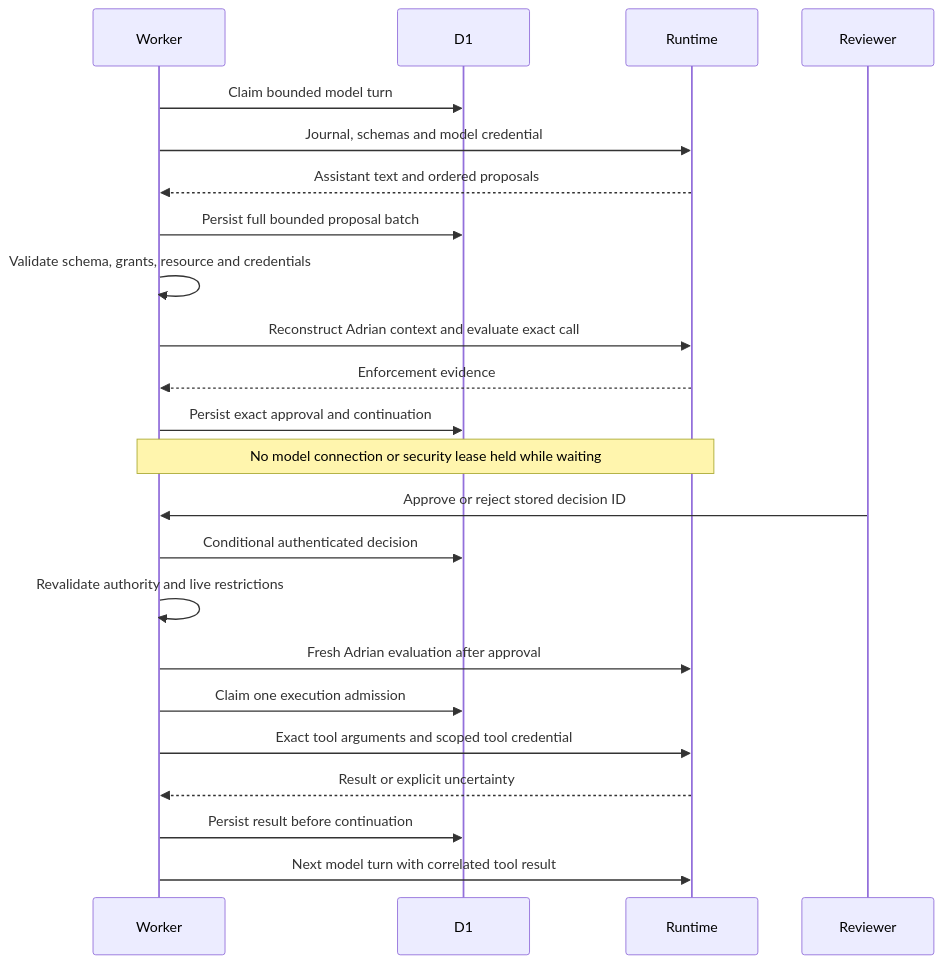
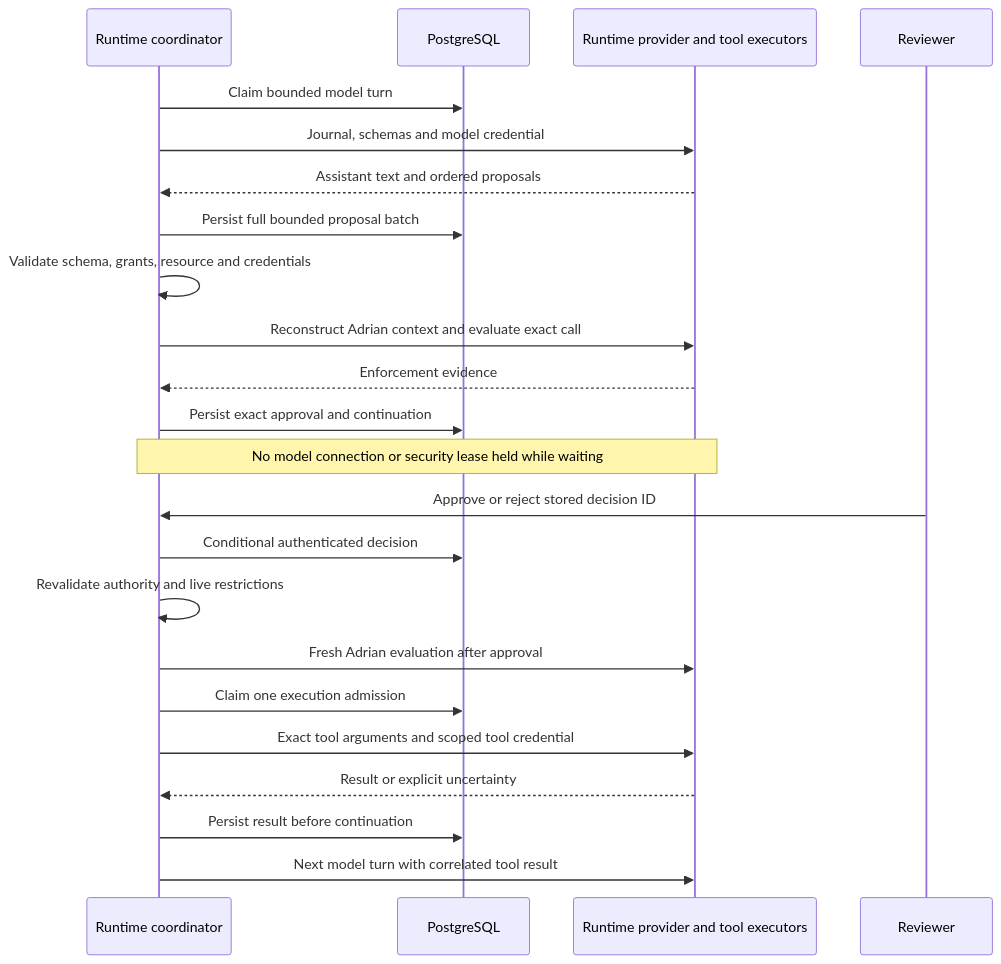
The second of 3 diagrams in docs/agent-tools-and-recovery.md (zailghe3/artifact-dev-toolkit), drawn with Mermaid before and after one commit. The commit also changed other lines of this file and 201 other files, not shown here.

First line of the commit message:
Run ADT workflows on PostgreSQL-backed Runtime (#395)

````diff
--- a/docs/agent-tools-and-recovery.md
+++ b/docs/agent-tools-and-recovery.md
@@ -73,25 +73,25 @@
 ```mermaid
 sequenceDiagram
-    participant W as Worker
-    participant D as D1
-    participant R as Runtime
+    participant W as Runtime coordinator
+    participant D as PostgreSQL
+    participant R as Runtime provider and tool executors
     participant H as Reviewer
     W->>D: Claim bounded model turn
     W->>R: Journal, schemas and model credential
     R-->>W: Assistant text and ordered proposals
     W->>D: Persist full bounded proposal batch
     W->>W: Validate schema, grants, resource and credentials
     W->>R: Reconstruct Adrian context and evaluate exact call
     R-->>W: Enforcement evidence
     W->>D: Persist exact approval and continuation
     Note over W,R: No model connection or security lease held while waiting
     H->>W: Approve or reject stored decision ID
     W->>D: Conditional authenticated decision
     W->>W: Revalidate authority and live restrictions
     W->>R: Fresh Adrian evaluation after approval
     W->>D: Claim one execution admission
     W->>R: Exact tool arguments and scoped tool credential
     R-->>W: Result or explicit uncertainty
     W->>D: Persist result before continuation
     W->>R: Next model turn with correlated tool result
 ```
````
